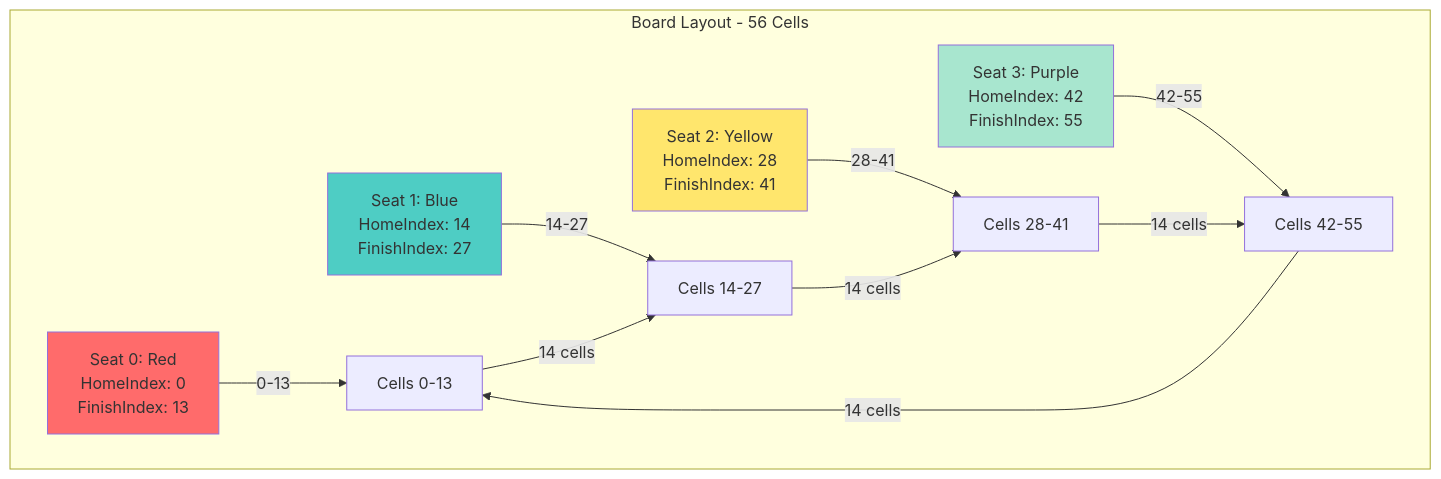
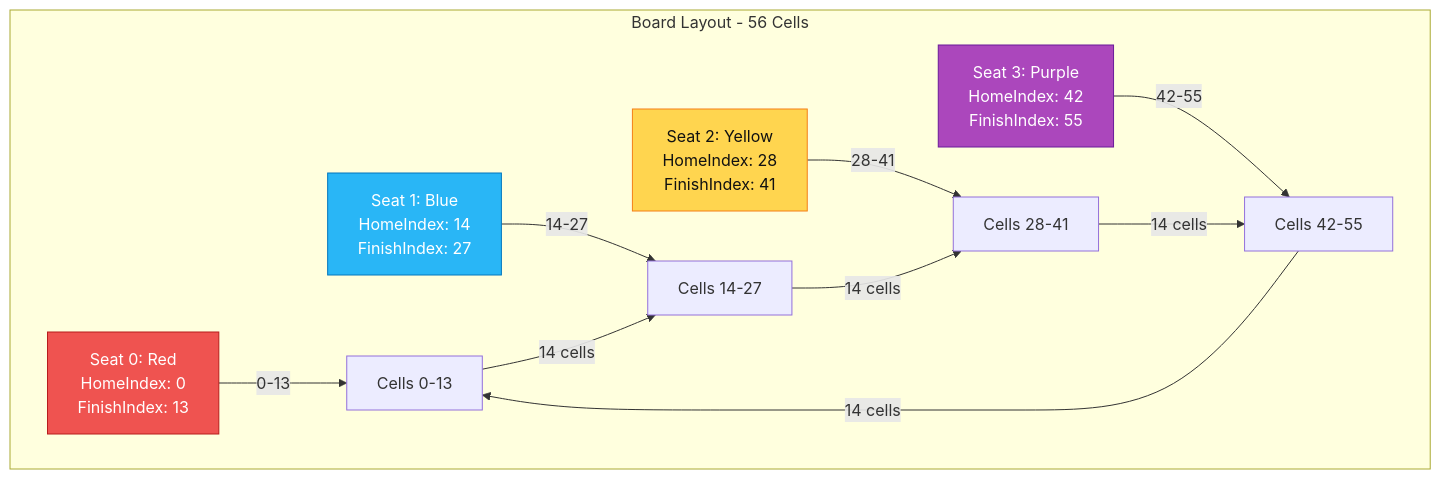
Diagram 15 of 17 in gameplay-diagram.md (huanchainrgp/ludo-docs), drawn with Mermaid before and after one commit. The commit also changed other lines of this file and 1 other file, not shown here.

````diff
--- a/gameplay-diagram.md
+++ b/gameplay-diagram.md
@@ -633,24 +633,24 @@
 ```mermaid
 graph TB
     subgraph "Board Layout - 56 Cells"
         P0[Seat 0: Red<br/>HomeIndex: 0<br/>FinishIndex: 13]
         P1[Seat 1: Blue<br/>HomeIndex: 14<br/>FinishIndex: 27]
         P2[Seat 2: Yellow<br/>HomeIndex: 28<br/>FinishIndex: 41]
         P3[Seat 3: Purple<br/>HomeIndex: 42<br/>FinishIndex: 55]
         
         P0 -->|0-13| Cells0[Cells 0-13]
         P1 -->|14-27| Cells1[Cells 14-27]
         P2 -->|28-41| Cells2[Cells 28-41]
         P3 -->|42-55| Cells3[Cells 42-55]
         
         Cells0 -->|14 cells| Cells1
         Cells1 -->|14 cells| Cells2
         Cells2 -->|14 cells| Cells3
         Cells3 -->|14 cells| Cells0
     end
     
-    style P0 fill:#FF6B6B
-    style P1 fill:#4ECDC4
-    style P2 fill:#FFE66D
-    style P3 fill:#A8E6CF
+    style P0 fill:#EF5350,stroke:#B71C1C,color:#FFFFFF
+    style P1 fill:#29B6F6,stroke:#0277BD,color:#FFFFFF
+    style P2 fill:#FFD54F,stroke:#F57F17,color:#111111
+    style P3 fill:#AB47BC,stroke:#6A1B9A,color:#FFFFFF
 ```
````
